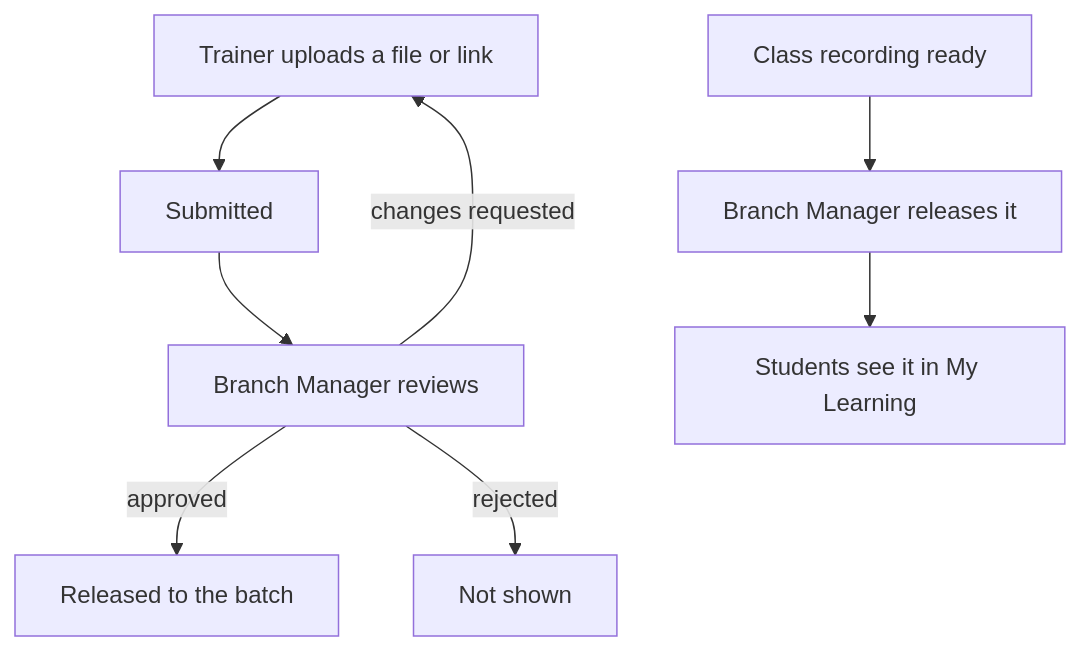
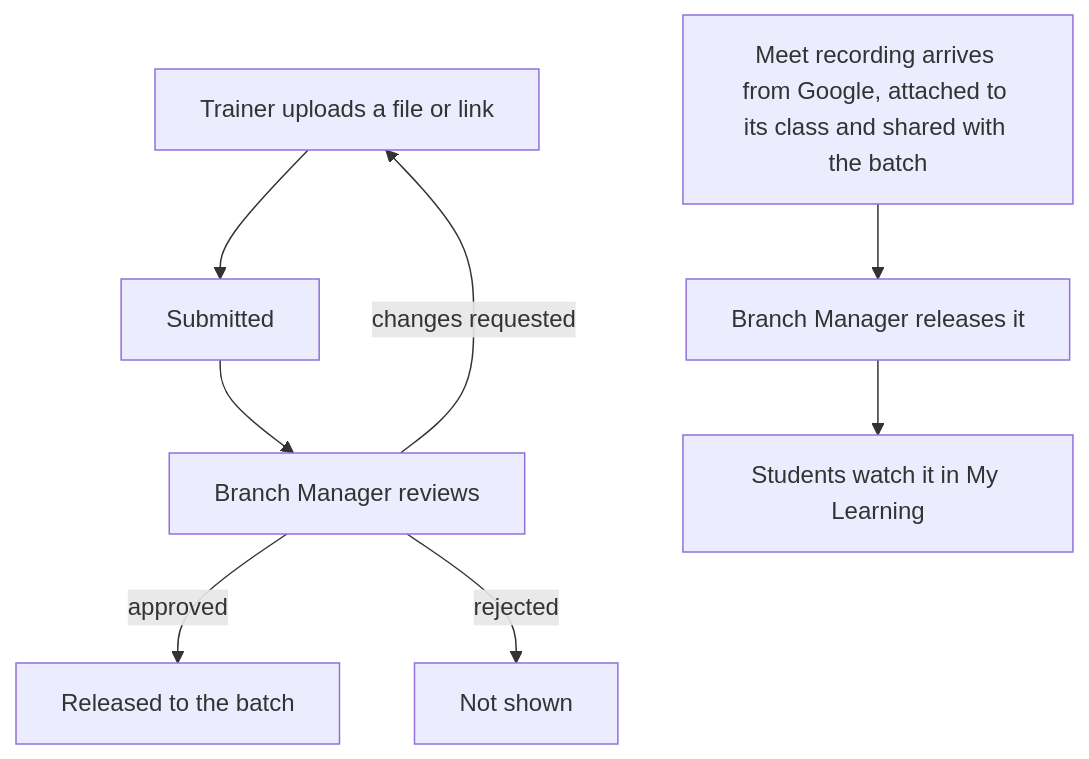
Before and after one commit to misterpk-18/nipunalms: the tenth of 17 diagrams in docs/PRODUCT_GUIDE.md, drawn with Mermaid. The commit also changed other lines of this file and 33 other files, not shown here.

````diff
--- a/docs/PRODUCT_GUIDE.md
+++ b/docs/PRODUCT_GUIDE.md
@@ -220,10 +223,10 @@
 ```mermaid
 flowchart TD
     A["Trainer uploads a file or link"] --> B["Submitted"]
     B --> C["Branch Manager reviews"]
     C -->|"approved"| D["Released to the batch"]
     C -->|"changes requested"| A
     C -->|"rejected"| X["Not shown"]
-    E["Class recording ready"] --> F["Branch Manager releases it"]
-    F --> G["Students see it in My Learning"]
+    E["Meet recording arrives from Google, attached to its class and shared with the batch"] --> F["Branch Manager releases it"]
+    F --> G["Students watch it in My Learning"]
 ```
````
